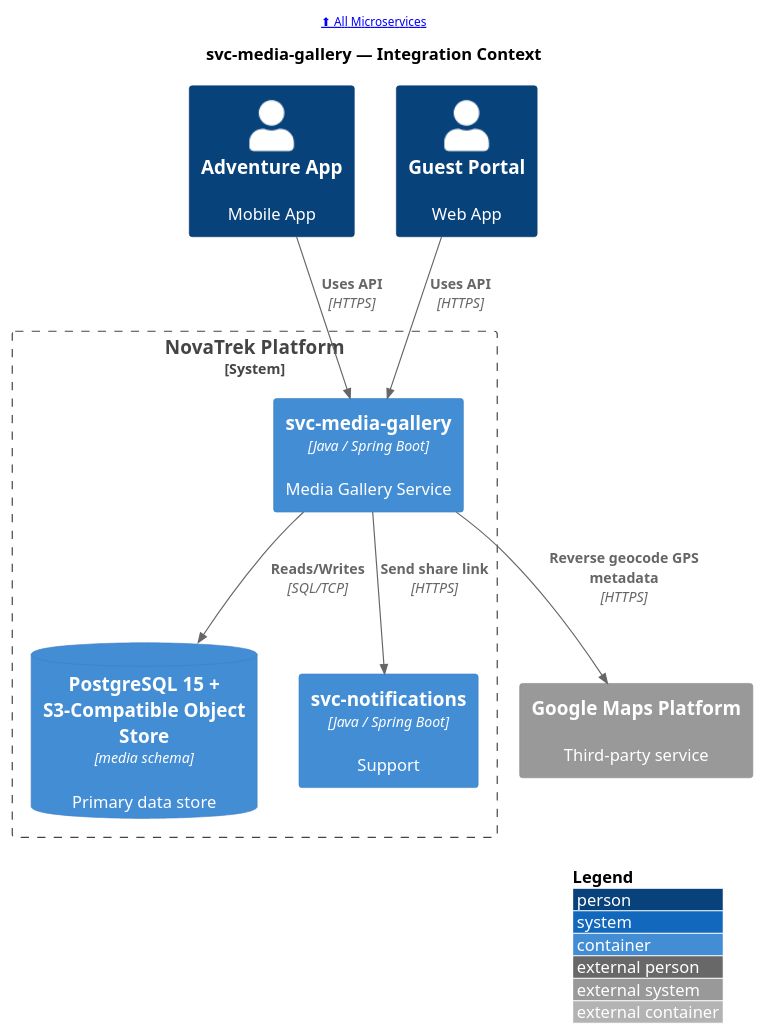
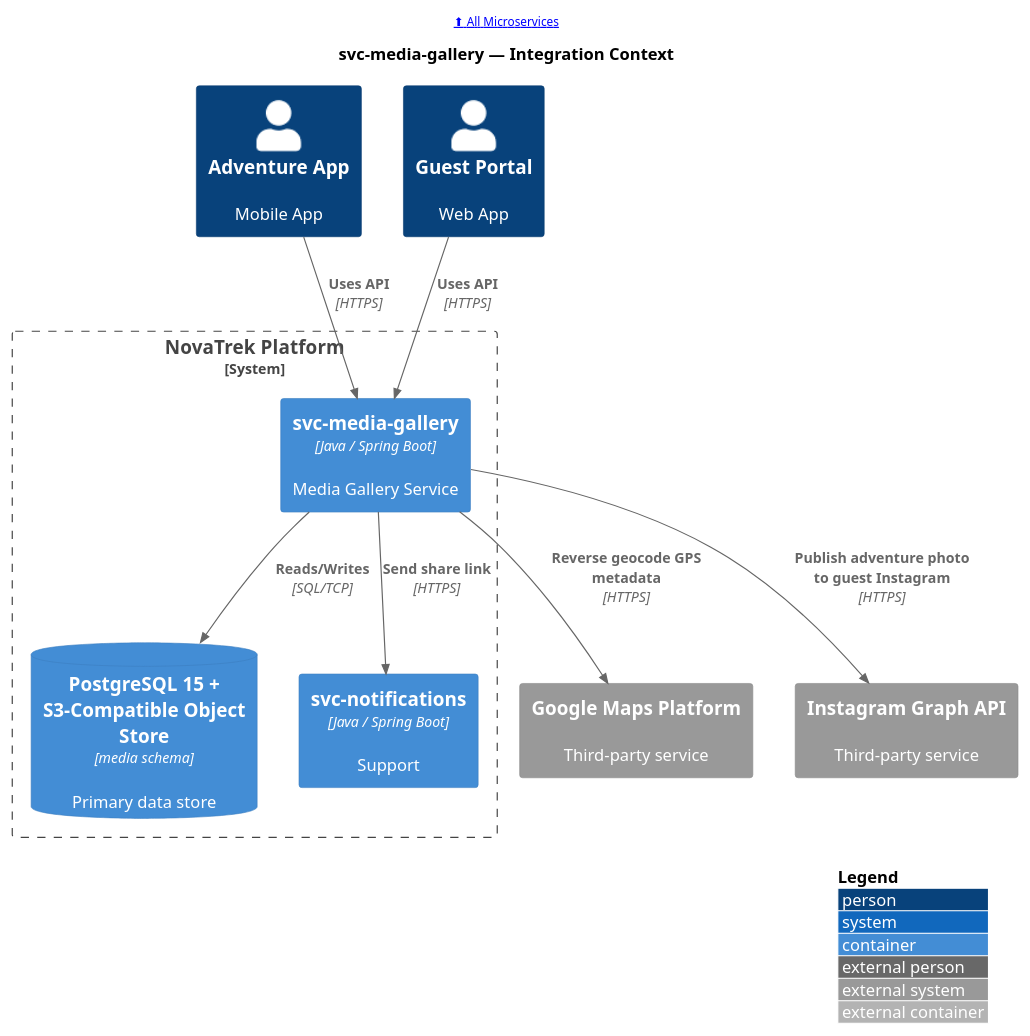
Before and after one commit to christopherblaisdell/continuous-architecture-platform-poc: the diagram in portal/docs/microservices/puml/svc-media-gallery--c4-context.puml, drawn with PlantUML. The commit also changed 31 other files, not shown here.

First line of the commit message:
feat: add 7 external third-party system integrations to domain map

```diff
--- a/portal/docs/microservices/puml/svc-media-gallery--c4-context.puml
+++ b/portal/docs/microservices/puml/svc-media-gallery--c4-context.puml
@@ -1,28 +1,30 @@
 @startuml
 !include <c4/C4_Container>
 
 LAYOUT_WITH_LEGEND()
 LAYOUT_TOP_DOWN()
 
 header [[/microservices/ ⬆ All Microservices]]
 
 title svc-media-gallery — Integration Context
 
 Person(app_guest_mobile, "Adventure App", "Mobile App", $link="/applications/app-guest-mobile/#service-dependencies")
 Person(web_guest_portal, "Guest Portal", "Web App", $link="/applications/web-guest-portal/#service-dependencies")
 
 System_Boundary(boundary, "NovaTrek Platform") {
     Container(svc_media_gallery, "svc-media-gallery", "Java / Spring Boot", "Media Gallery Service", $link="/microservices/svc-media-gallery/")
     ContainerDb(svc_media_gallery_db, "PostgreSQL 15 + S3-Compatible Object Store", "media schema", "Primary data store", $link="/microservices/svc-media-gallery/#data-store")
     Container(svc_notifications, "svc-notifications", "Java / Spring Boot", "Support", $link="/microservices/svc-notifications/#integration-context")
 }
 
 System_Ext(Google_Maps_Platform, "Google Maps Platform", "Third-party service", $link="/actors/#google-maps-platform")
+System_Ext(Instagram_Graph_API, "Instagram Graph API", "Third-party service", $link="/actors/#instagram-graph-api")
 
 Rel(app_guest_mobile, svc_media_gallery, "Uses API", "HTTPS")
 Rel(web_guest_portal, svc_media_gallery, "Uses API", "HTTPS")
 Rel(svc_media_gallery, svc_media_gallery_db, "Reads/Writes", "SQL/TCP")
 Rel(svc_media_gallery, svc_notifications, "Send share link", "HTTPS")
 Rel(svc_media_gallery, Google_Maps_Platform, "Reverse geocode GPS metadata", "HTTPS")
+Rel(svc_media_gallery, Instagram_Graph_API, "Publish adventure photo to guest Instagram", "HTTPS")
 
 @enduml
```
